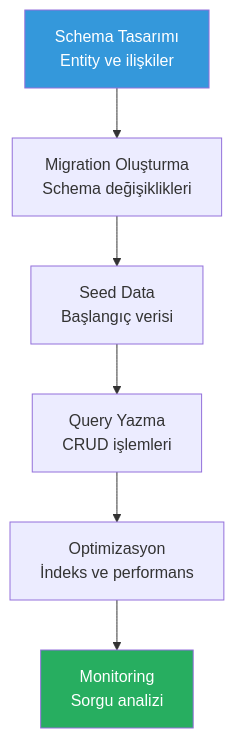
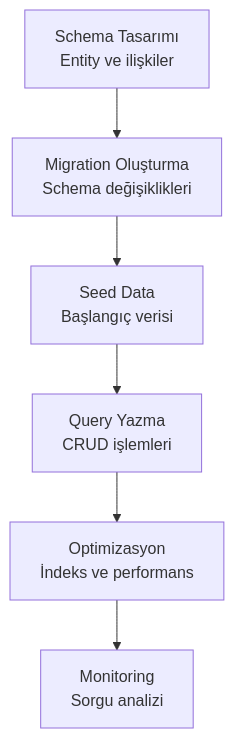
The first of 2 diagrams in 20-pratik-senaryolar/08-veritabani-islemleri.md (IzzetYasinAtes/ClaudeCodeHandbook), drawn with Mermaid before and after one commit. The commit also changed 97 other files, not shown here.

Commit message:
Remove all custom Mermaid style/fill colors from 98 markdown files for consistent dark theme rendering

````diff
--- a/20-pratik-senaryolar/08-veritabani-islemleri.md
+++ b/20-pratik-senaryolar/08-veritabani-islemleri.md
@@ -16,11 +16,8 @@
 ```mermaid
 flowchart TD
     A["Schema Tasarımı<br/>Entity ve ilişkiler"] --> B["Migration Oluşturma<br/>Schema değişiklikleri"]
     B --> C["Seed Data<br/>Başlangıç verisi"]
     C --> D["Query Yazma<br/>CRUD işlemleri"]
     D --> E["Optimizasyon<br/>İndeks ve performans"]
     E --> F["Monitoring<br/>Sorgu analizi"]
-
-    style A fill:#3498DB,color:#fff
-    style F fill:#27AE60,color:#fff
 ```
````
